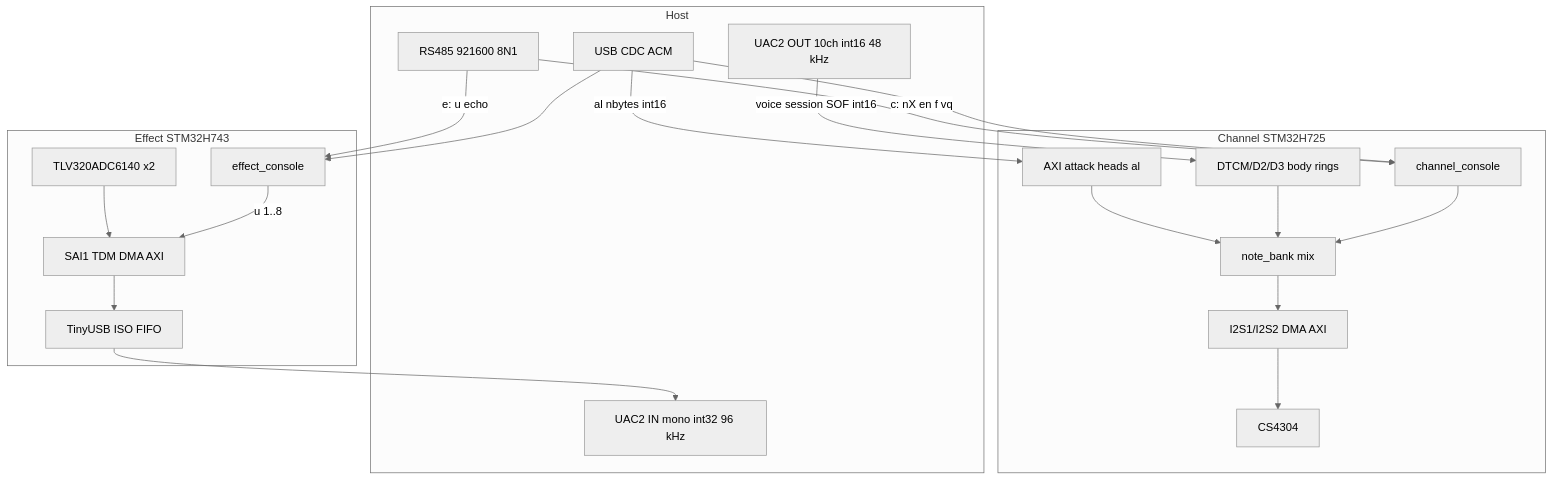
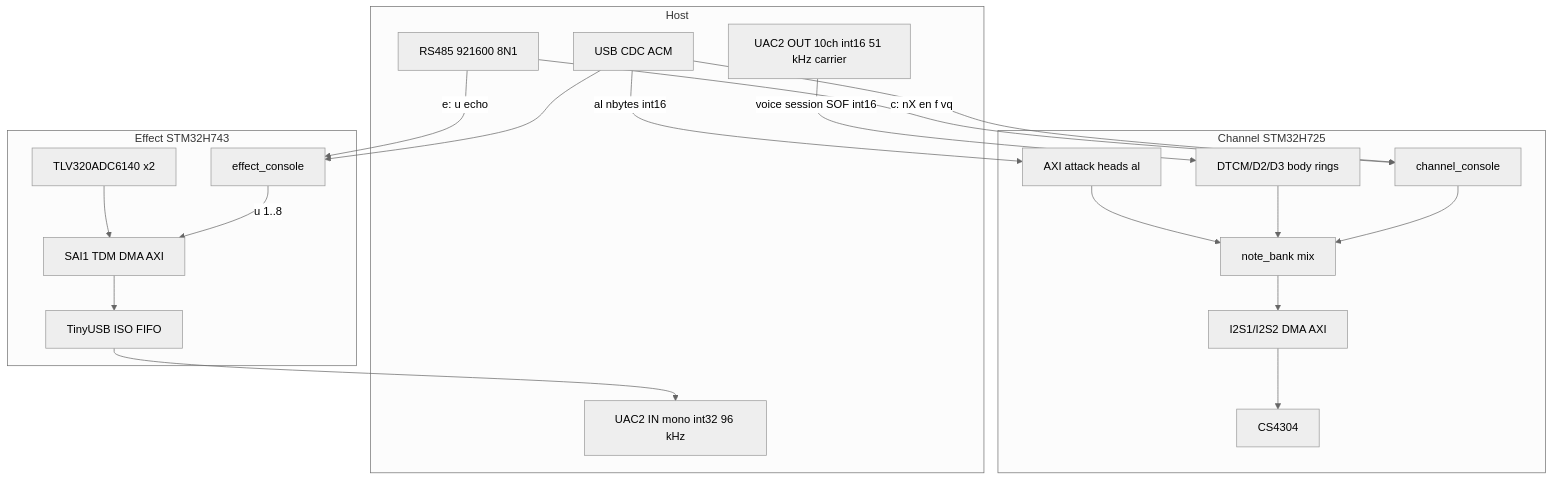
The first of 5 diagrams in docs/diagrams/card_data_flow.md (narendrabhatt-freshwater/firmware), drawn with Mermaid (neutral theme) before and after one commit. The commit also changed other lines of this file and 18 other files, not shown here.

````diff
--- a/docs/diagrams/card_data_flow.md
+++ b/docs/diagrams/card_data_flow.md
@@ -19,38 +19,38 @@
 ```mermaid
 flowchart TB
   subgraph host [Host]
     RS485[RS485 921600 8N1]
     CDC[USB CDC ACM]
-    BodyOut[UAC2 OUT 10ch int16 48 kHz]
+    BodyOut[UAC2 OUT 10ch int16 51 kHz carrier]
     UacIn[UAC2 IN mono int32 96 kHz]
   end
 
   subgraph ch [Channel STM32H725]
     ChCon[channel_console]
     ChAtk[AXI attack heads al]
     ChRing[DTCM/D2/D3 body rings]
     ChMix[note_bank mix]
     ChI2S[I2S1/I2S2 DMA AXI]
     ChDac[CS4304]
   end
 
   subgraph fx [Effect STM32H743]
     FxCon[effect_console]
     FxSai[SAI1 TDM DMA AXI]
     FxAdc[TLV320ADC6140 x2]
     FxFifo[TinyUSB ISO FIFO]
   end
 
   RS485 -->|"c: nX en f vq"| ChCon
   RS485 -->|"e: u echo"| FxCon
   CDC -->|"al nbytes int16"| ChAtk
   CDC --> ChCon
   CDC --> FxCon
   BodyOut -->|"voice session SOF int16"| ChRing
   ChAtk --> ChMix
   ChRing --> ChMix
   ChCon --> ChMix
   ChMix --> ChI2S --> ChDac
   FxAdc --> FxSai --> FxFifo --> UacIn
   FxCon -->|"u 1..8"| FxSai
 ```
````
